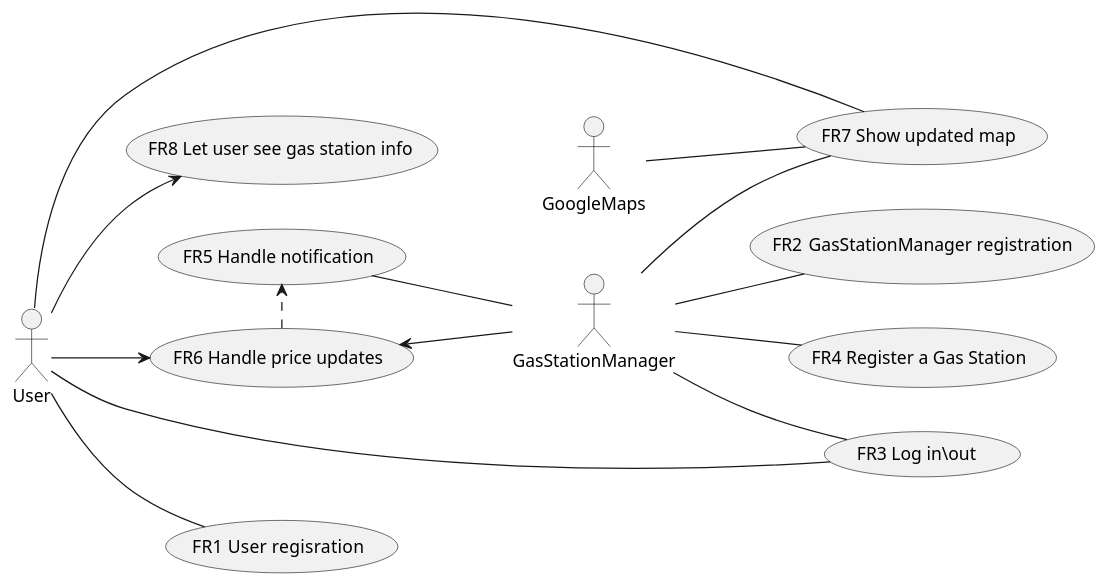
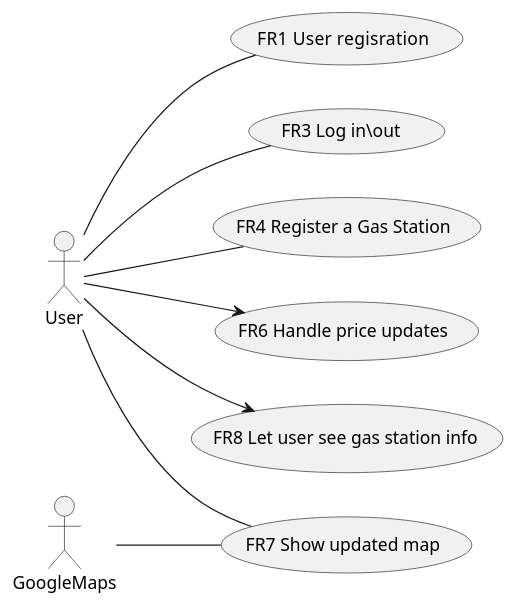
The second of 3 diagrams in REQ_s277867.md (SoftengPoliTo/Lab2), drawn with PlantUML before and after one commit. The commit also changed other lines of this file, not shown here.

````diff
--- a/REQ_s277867.md
+++ b/REQ_s277867.md
@@ -104,19 +98,12 @@
 ```plantuml
 left to right direction
 actor User as U
-actor GasStationManager as G
 actor GoogleMaps as M
 U -- (FR1  User regisration)
-G -- (FR2 	GasStationManager registration)
 U -- (FR3 Log in\out )
-G -- (FR3 Log in\out )
-G -- (FR4 Register a Gas Station)
+U -- (FR4 Register a Gas Station)
 U -->(FR6 Handle price updates)
-G -->(FR6 Handle price updates)
-(FR6 Handle price updates) .> (FR5 Handle notification)
-(FR5 Handle notification) -- G
 U -- (FR7 Show updated map)
-G -- (FR7 Show updated map)
 M -- (FR7 Show updated map)
 U -->(FR8 Let user see gas station info)
 ```
````
